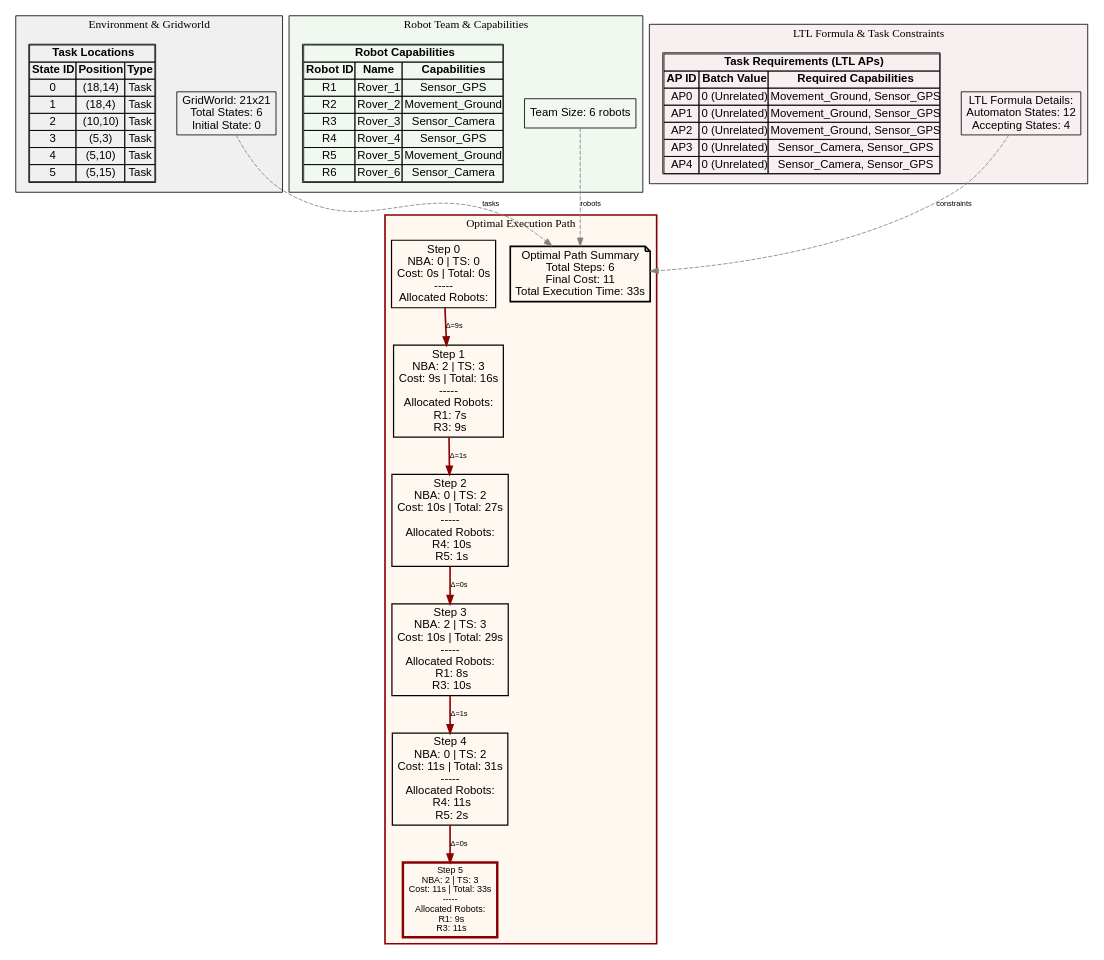
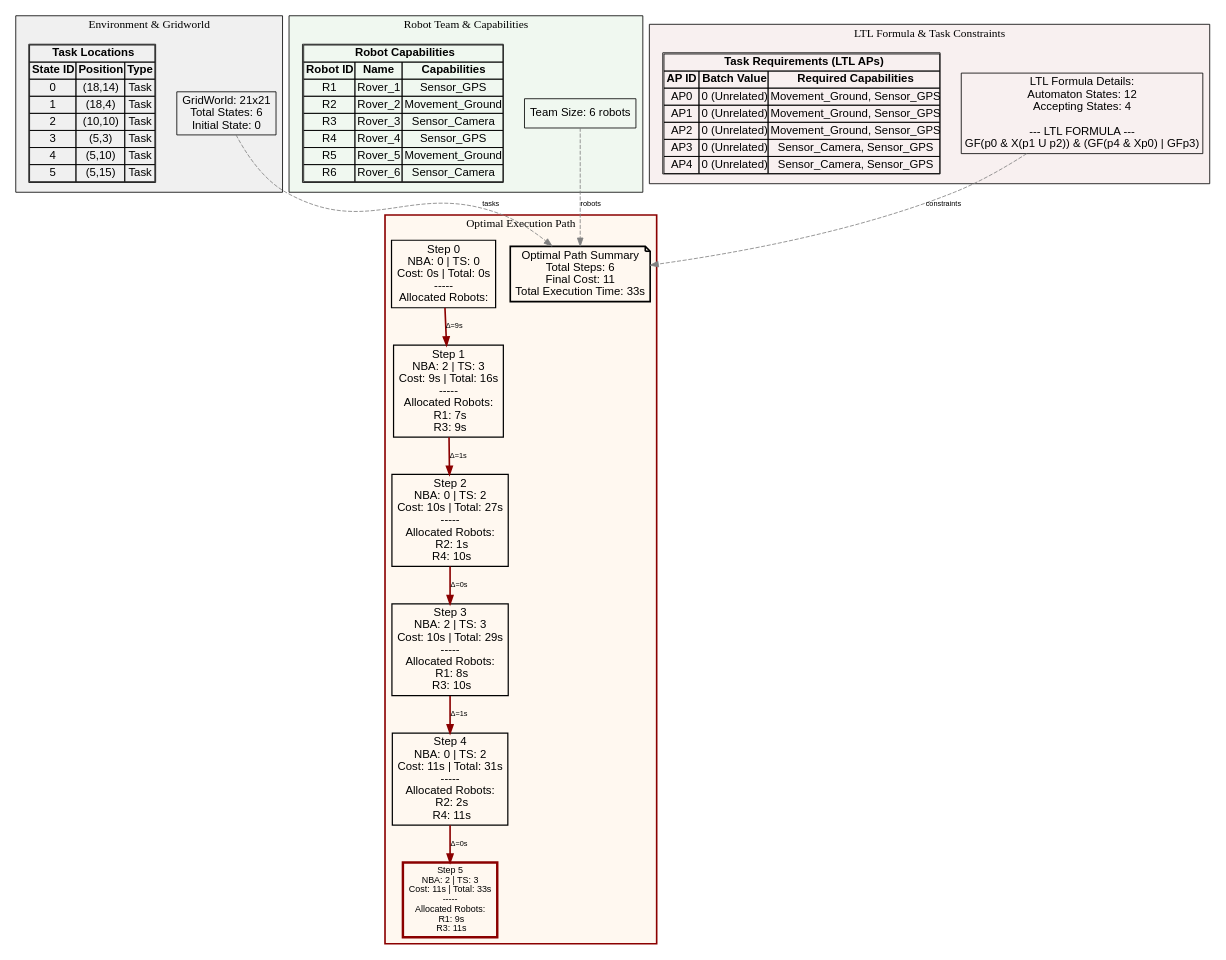
The diagram in MCTB-PDT/output/infinite_test_4_path.dot (jrourke48/HMRTA_TS_GENERATION), drawn with Graphviz before and after one commit. The commit also changed 90 other files, not shown here.

```diff
--- a/MCTB-PDT/output/infinite_test_4_path.dot
+++ b/MCTB-PDT/output/infinite_test_4_path.dot
@@ -1,100 +1,100 @@
 digraph ComprehensiveOptimalPath {
   rankdir=TB;
   concentrate=true;
   node [fontname=Arial];
   edge [fontname=Arial, fontsize=9];
 
   subgraph cluster_environment {
     label="Environment & Gridworld";
     style=filled;
     fillcolor="#F0F0F0";
     color=black;
 
     env_info [shape=box, label="GridWorld: 21x21\nTotal States: 6\nInitial State: 0\n", fillcolor="#E8F4F8"];
 
     env_tasks [shape=plaintext, label=<
       <TABLE BORDER="1" CELLBORDER="1" CELLSPACING="0">
         <TR><TD COLSPAN="3"><B>Task Locations</B></TD></TR>
         <TR><TD><B>State ID</B></TD><TD><B>Position</B></TD><TD><B>Type</B></TD></TR>
         <TR><TD>0</TD><TD>(18,14)</TD><TD>Task</TD></TR>
         <TR><TD>1</TD><TD>(18,4)</TD><TD>Task</TD></TR>
         <TR><TD>2</TD><TD>(10,10)</TD><TD>Task</TD></TR>
         <TR><TD>3</TD><TD>(5,3)</TD><TD>Task</TD></TR>
         <TR><TD>4</TD><TD>(5,10)</TD><TD>Task</TD></TR>
         <TR><TD>5</TD><TD>(5,15)</TD><TD>Task</TD></TR>
       </TABLE>
     >];
   }
 
   subgraph cluster_robots {
     label="Robot Team & Capabilities";
     style=filled;
     fillcolor="#F0F8F0";
     color=black;
 
     team_info [shape=box, label="Team Size: 6 robots\n", fillcolor="#E8F8E8"];
 
     robot_caps [shape=plaintext, label=<
       <TABLE BORDER="1" CELLBORDER="1" CELLSPACING="0">
         <TR><TD COLSPAN="3"><B>Robot Capabilities</B></TD></TR>
         <TR><TD><B>Robot ID</B></TD><TD><B>Name</B></TD><TD><B>Capabilities</B></TD></TR>
         <TR><TD>R1</TD><TD>Rover_1</TD><TD>Sensor_GPS</TD></TR>
         <TR><TD>R2</TD><TD>Rover_2</TD><TD>Movement_Ground</TD></TR>
         <TR><TD>R3</TD><TD>Rover_3</TD><TD>Sensor_Camera</TD></TR>
         <TR><TD>R4</TD><TD>Rover_4</TD><TD>Sensor_GPS</TD></TR>
         <TR><TD>R5</TD><TD>Rover_5</TD><TD>Movement_Ground</TD></TR>
         <TR><TD>R6</TD><TD>Rover_6</TD><TD>Sensor_Camera</TD></TR>
       </TABLE>
     >];
   }
 
   subgraph cluster_ltl {
     label="LTL Formula & Task Constraints";
     style=filled;
     fillcolor="#F8F0F0";
     color=black;
 
-    ltl_info [shape=box, label="LTL Formula Details:\nAutomaton States: 12\nAccepting States: 4\n", fillcolor="#F8E8E8"];
+    ltl_info [shape=box, label="LTL Formula Details:\nAutomaton States: 12\nAccepting States: 4\n\n--- LTL FORMULA ---\nGF(p0 & X(p1 U p2)) & (GF(p4 & Xp0) | GFp3)", fillcolor="#F8E8E8"];
 
     ltl_tasks [shape=plaintext, label=<
       <TABLE BORDER="1" CELLBORDER="1" CELLSPACING="0">
         <TR><TD COLSPAN="3"><B>Task Requirements (LTL APs)</B></TD></TR>
         <TR><TD><B>AP ID</B></TD><TD><B>Batch Value</B></TD><TD><B>Required Capabilities</B></TD></TR>
         <TR><TD>AP0</TD><TD>0 (Unrelated)</TD><TD>Movement_Ground, Sensor_GPS</TD></TR>
         <TR><TD>AP1</TD><TD>0 (Unrelated)</TD><TD>Movement_Ground, Sensor_GPS</TD></TR>
         <TR><TD>AP2</TD><TD>0 (Unrelated)</TD><TD>Movement_Ground, Sensor_GPS</TD></TR>
         <TR><TD>AP3</TD><TD>0 (Unrelated)</TD><TD>Sensor_Camera, Sensor_GPS</TD></TR>
         <TR><TD>AP4</TD><TD>0 (Unrelated)</TD><TD>Sensor_Camera, Sensor_GPS</TD></TR>
       </TABLE>
     >];
   }
 
   subgraph cluster_path {
     label="Optimal Execution Path";
     style=filled;
     fillcolor="#FFF8F0";
     color=darkred;
     penwidth=2;
 
     path_summary [shape=note, label="Optimal Path Summary\nTotal Steps: 6\nFinal Cost: 11\nTotal Execution Time: 33s\n", fillcolor="#FFFFCC", penwidth=2];
 
     opt_0 [shape=box, label="Step 0\nNBA: 0 | TS: 0\nCost: 0s | Total: 0s\n-----\nAllocated Robots:\n", fillcolor="#B3E5FC", penwidth=1.5];
     opt_1 [shape=box, label="Step 1\nNBA: 2 | TS: 3\nCost: 9s | Total: 16s\n-----\nAllocated Robots:\n  R1: 7s\n  R3: 9s\n", fillcolor="#B3E5FC", penwidth=1.5];
-    opt_2 [shape=box, label="Step 2\nNBA: 0 | TS: 2\nCost: 10s | Total: 27s\n-----\nAllocated Robots:\n  R4: 10s\n  R5: 1s\n", fillcolor="#B3E5FC", penwidth=1.5];
+    opt_2 [shape=box, label="Step 2\nNBA: 0 | TS: 2\nCost: 10s | Total: 27s\n-----\nAllocated Robots:\n  R2: 1s\n  R4: 10s\n", fillcolor="#B3E5FC", penwidth=1.5];
     opt_3 [shape=box, label="Step 3\nNBA: 2 | TS: 3\nCost: 10s | Total: 29s\n-----\nAllocated Robots:\n  R1: 8s\n  R3: 10s\n", fillcolor="#B3E5FC", penwidth=1.5];
-    opt_4 [shape=box, label="Step 4\nNBA: 0 | TS: 2\nCost: 11s | Total: 31s\n-----\nAllocated Robots:\n  R4: 11s\n  R5: 2s\n", fillcolor="#B3E5FC", penwidth=1.5];
+    opt_4 [shape=box, label="Step 4\nNBA: 0 | TS: 2\nCost: 11s | Total: 31s\n-----\nAllocated Robots:\n  R2: 2s\n  R4: 11s\n", fillcolor="#B3E5FC", penwidth=1.5];
     opt_5 [shape=box, label="Step 5\nNBA: 2 | TS: 3\nCost: 11s | Total: 33s\n-----\nAllocated Robots:\n  R1: 9s\n  R3: 11s\n", fillcolor="#FF6B6B", penwidth=3, color=darkred, fontweight=bold, fontsize=11];
 
     opt_0 -> opt_1 [label="Δ=9s", penwidth=2, color=darkred];
     opt_1 -> opt_2 [label="Δ=1s", penwidth=2, color=darkred];
     opt_2 -> opt_3 [label="Δ=0s", penwidth=2, color=darkred];
     opt_3 -> opt_4 [label="Δ=1s", penwidth=2, color=darkred];
     opt_4 -> opt_5 [label="Δ=0s", penwidth=2, color=darkred];
   }
 
   // Connections between clusters
   env_info -> path_summary [style=dashed, color=gray, label="tasks"];
   team_info -> path_summary [style=dashed, color=gray, label="robots"];
   ltl_info -> path_summary [style=dashed, color=gray, label="constraints"];
 
 }
```
